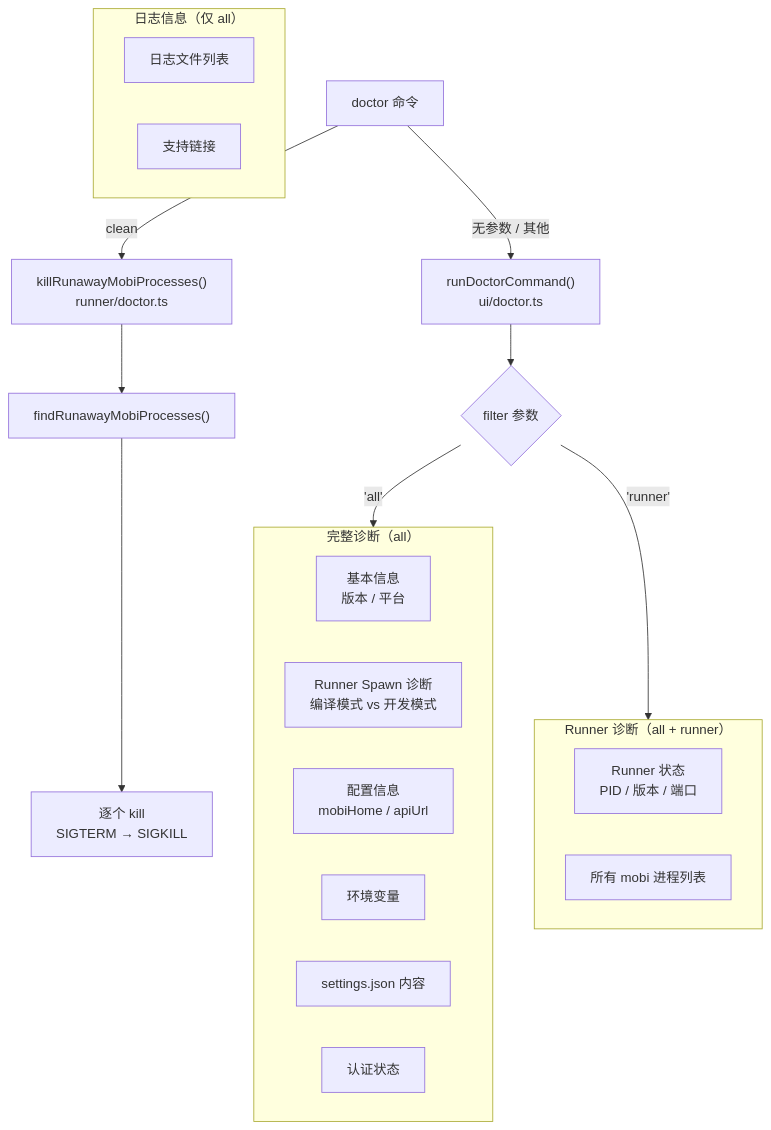
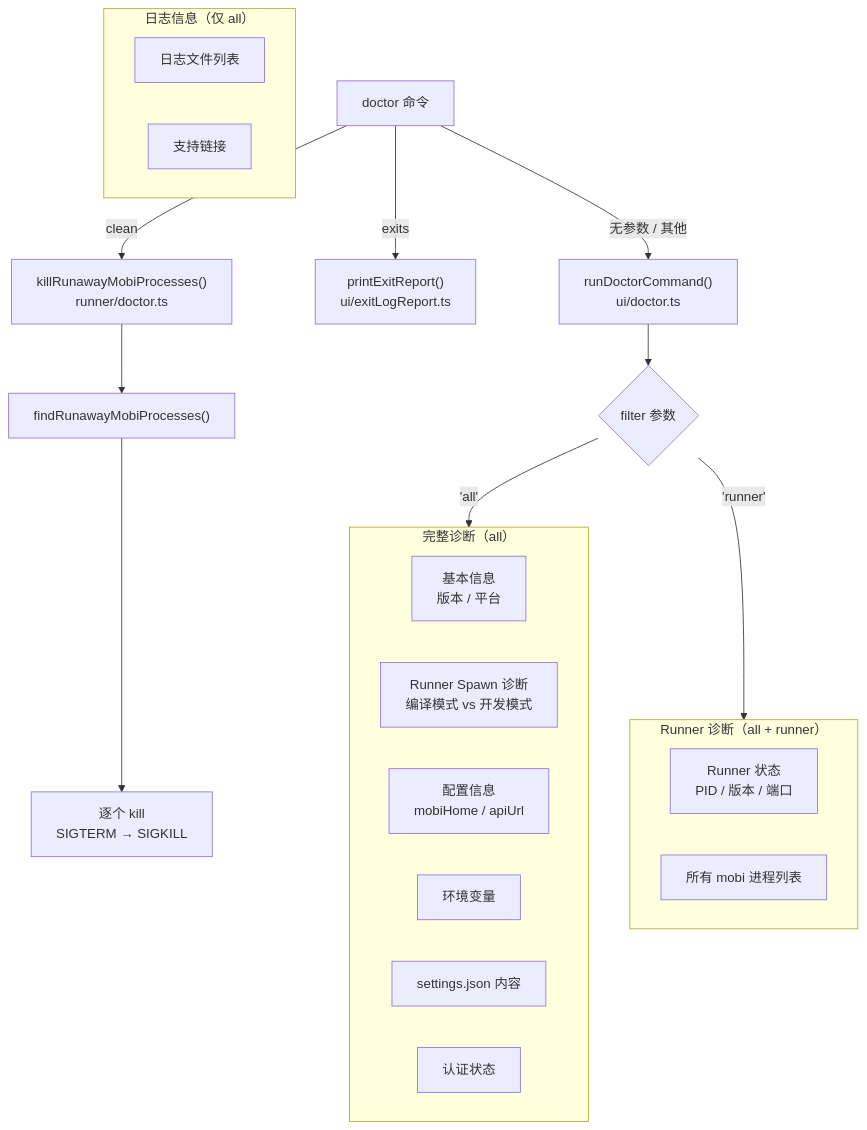
One commit to ModuBit/mobi changed the first of 5 diagrams in docs/architecture/cli/commands/doctor/README.md. Above: the diagram before and after it, drawn with Mermaid. The commit also changed other lines of this file and 1 other file, not shown here.

First line of the commit message:
docs: 同步 exitLogger / mobi doctor exits 文档

````diff
--- a/docs/architecture/cli/commands/doctor/README.md
+++ b/docs/architecture/cli/commands/doctor/README.md
@@ -9,31 +9,32 @@
 ```mermaid
 flowchart TB
     Cmd["doctor 命令"] -->|"clean"| Clean["killRunawayMobiProcesses()<br/>runner/doctor.ts"]
+    Cmd -->|"exits"| Exits["printExitReport()<br/>ui/exitLogReport.ts"]
     Cmd -->|"无参数 / 其他"| Run["runDoctorCommand()<br/>ui/doctor.ts"]
 
     Run --> Filter{"filter 参数"}
     Filter -->|"'all'"| All["完整诊断"]
     Filter -->|"'runner'"| Runner["仅 Runner 诊断"]
 
     subgraph All["完整诊断（all）"]
         Basic["基本信息<br/>版本 / 平台"]
         Spawn["Runner Spawn 诊断<br/>编译模式 vs 开发模式"]
         Config["配置信息<br/>mobiHome / apiUrl"]
         Env["环境变量"]
         Settings["settings.json 内容"]
         Auth["认证状态"]
     end
 
     subgraph Runner["Runner 诊断（all + runner）"]
         Status["Runner 状态<br/>PID / 版本 / 端口"]
         Processes["所有 mobi 进程列表"]
     end
 
     subgraph Logs["日志信息（仅 all）"]
         LogFiles["日志文件列表"]
         Support["支持链接"]
     end
 
     Clean --> FindRunaway["findRunawayMobiProcesses()"]
     FindRunaway --> Kill["逐个 kill<br/>SIGTERM → SIGKILL"]
 ```
````
